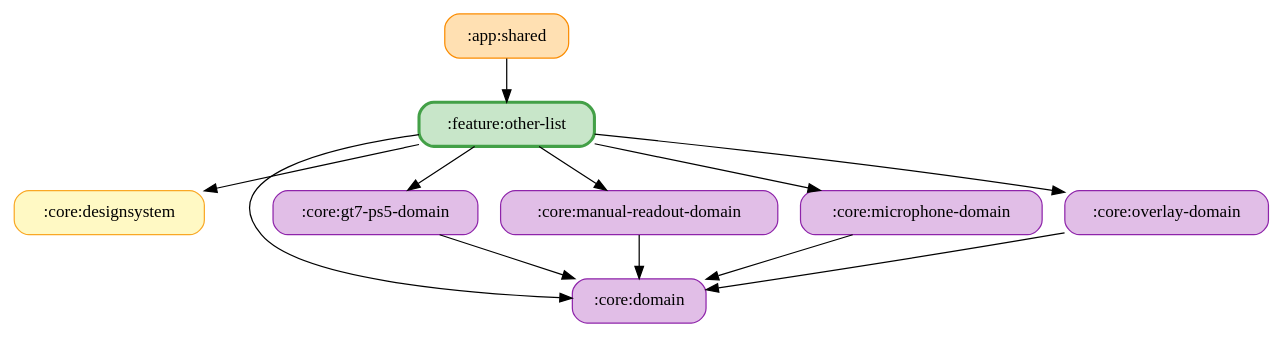
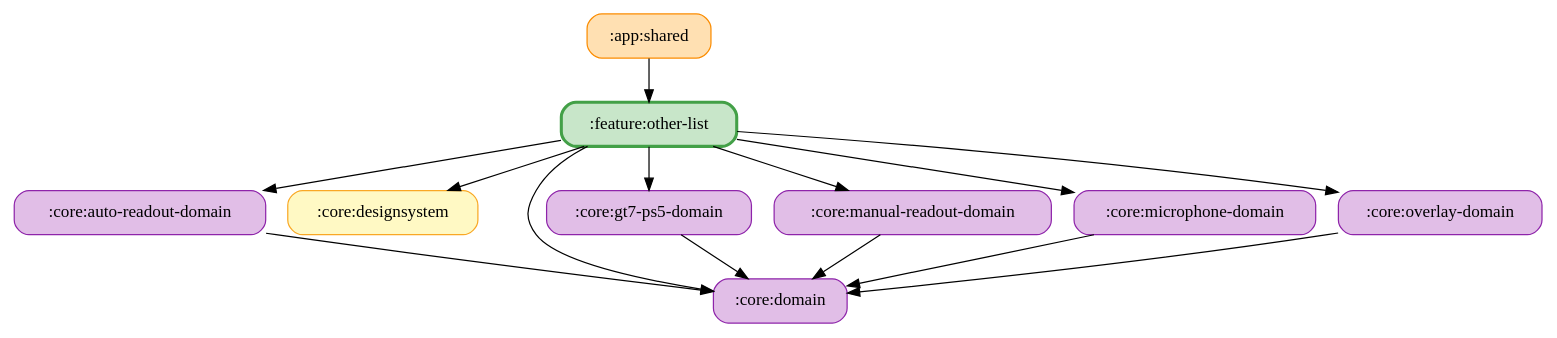
One commit to ai-kurou/KoDriver changed the diagram in docs/graphs/feature-other-list.gv. Above: the diagram before and after it, drawn with Graphviz. The commit also changed 48 other files, not shown here.

Commit message:
chore: update module graph images

```diff
--- a/docs/graphs/feature-other-list.gv
+++ b/docs/graphs/feature-other-list.gv
@@ -1,23 +1,26 @@
 digraph G {
   rankdir=TB
   node [shape=box, style="rounded,filled"]
   ":app:shared" [fillcolor="#FFE0B2", color="#FB8C00", penwidth=1]
+  ":core:auto-readout-domain" [fillcolor="#E1BEE7", color="#8E24AA", penwidth=1]
   ":core:designsystem" [fillcolor="#FFF9C4", color="#F9A825", penwidth=1]
   ":core:domain" [fillcolor="#E1BEE7", color="#8E24AA", penwidth=1]
   ":core:gt7-ps5-domain" [fillcolor="#E1BEE7", color="#8E24AA", penwidth=1]
   ":core:manual-readout-domain" [fillcolor="#E1BEE7", color="#8E24AA", penwidth=1]
   ":core:microphone-domain" [fillcolor="#E1BEE7", color="#8E24AA", penwidth=1]
   ":core:overlay-domain" [fillcolor="#E1BEE7", color="#8E24AA", penwidth=1]
   ":feature:other-list" [fillcolor="#C8E6C9", color="#43A047", penwidth=2.5]
   ":app:shared" -> ":feature:other-list"
+  ":core:auto-readout-domain" -> ":core:domain"
   ":core:gt7-ps5-domain" -> ":core:domain"
   ":core:manual-readout-domain" -> ":core:domain"
   ":core:microphone-domain" -> ":core:domain"
   ":core:overlay-domain" -> ":core:domain"
   ":feature:other-list" -> ":core:domain"
+  ":feature:other-list" -> ":core:auto-readout-domain"
   ":feature:other-list" -> ":core:manual-readout-domain"
   ":feature:other-list" -> ":core:microphone-domain"
   ":feature:other-list" -> ":core:overlay-domain"
   ":feature:other-list" -> ":core:gt7-ps5-domain"
   ":feature:other-list" -> ":core:designsystem"
 }
```
